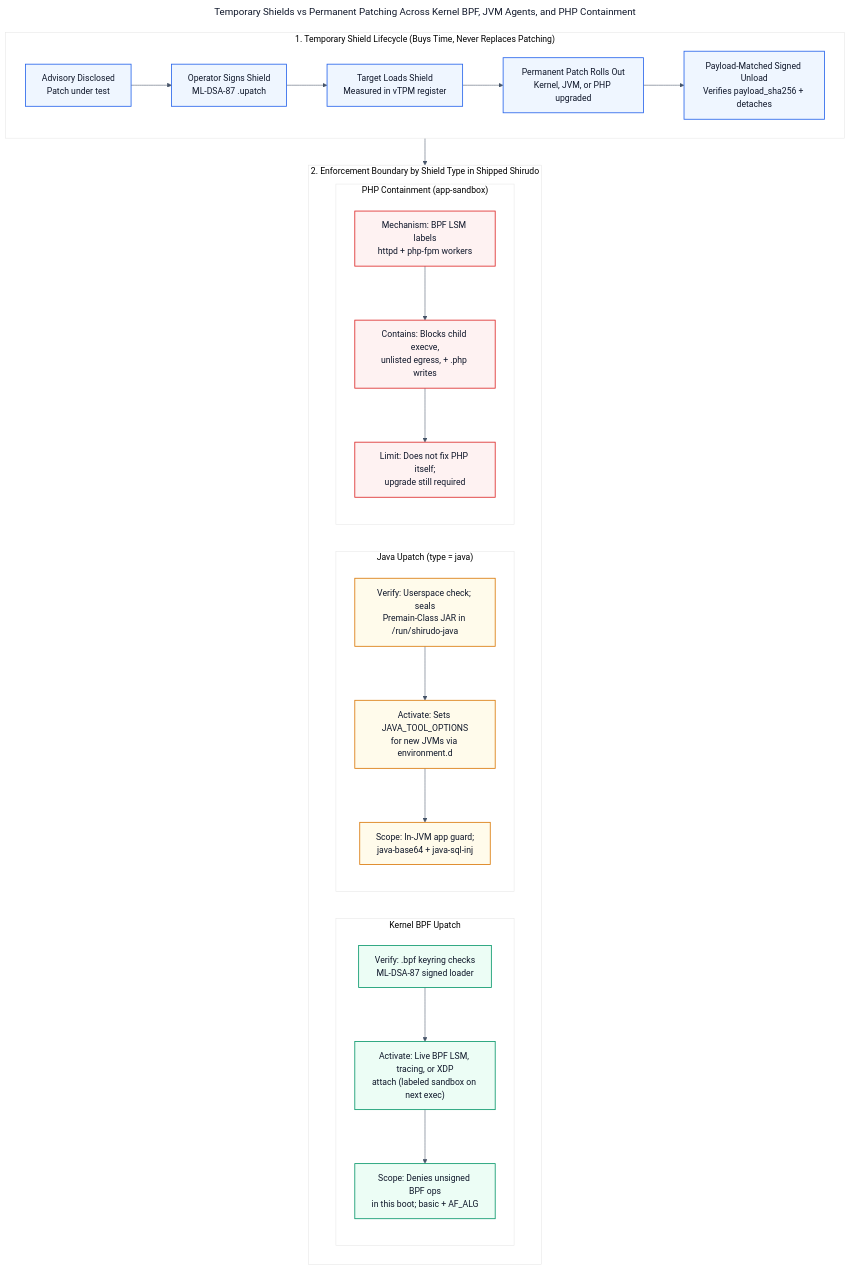
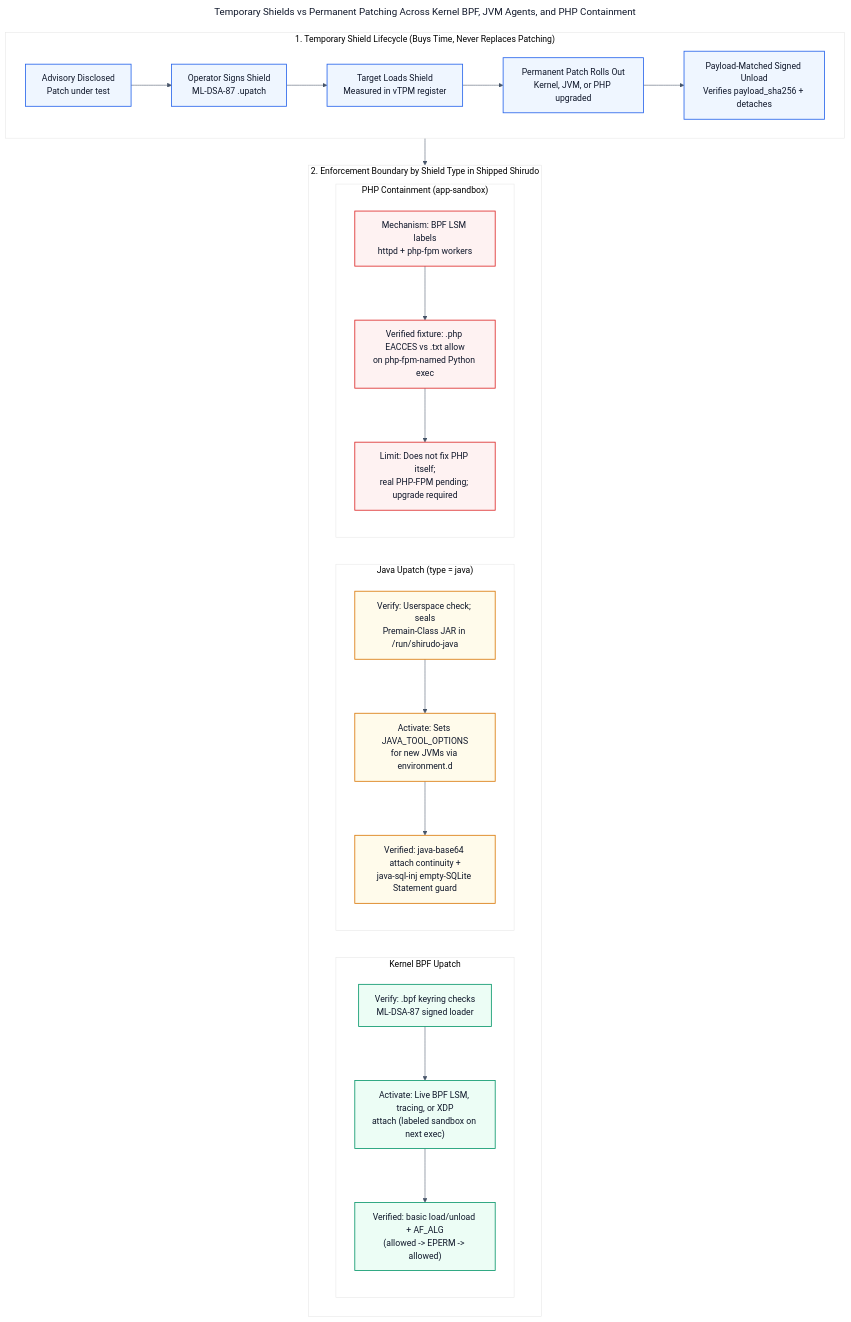
Before and after one commit to johnsonshi/shirudo-on-azure: the diagram in docs/figures/shirudo-shield-mechanisms.mmd, drawn with Mermaid. The commit also changed 4 other files, not shown here.

```diff
--- a/docs/figures/shirudo-shield-mechanisms.mmd
+++ b/docs/figures/shirudo-shield-mechanisms.mmd
@@ -1,60 +1,60 @@
 ---
 title: "Temporary Shields vs Permanent Patching Across Kernel BPF, JVM Agents, and PHP Containment"
 config:
   theme: base
   layout: dagre
   themeVariables:
     primaryColor: "#f8fafc"
     primaryTextColor: "#0f172a"
     primaryBorderColor: "#334155"
     lineColor: "#475569"
 ---
 %% Editable Mermaid source for docs/figures/shirudo-shield-mechanisms.svg
 flowchart TB
     subgraph LIFE["1. Temporary Shield Lifecycle (Buys Time, Never Replaces Patching)"]
         direction LR
         L1["Advisory Disclosed<br/>Patch under test"] --> L2["Operator Signs Shield<br/>ML-DSA-87 .upatch"]
         L2 --> L3["Target Loads Shield<br/>Measured in vTPM register"]
         L3 --> L4["Permanent Patch Rolls Out<br/>Kernel, JVM, or PHP upgraded"]
         L4 --> L5["Payload-Matched Signed Unload<br/>Verifies payload_sha256 + detaches"]
     end
 
     subgraph COMP["2. Enforcement Boundary by Shield Type in Shipped Shirudo"]
         direction LR
 
         subgraph S_BPF["Kernel BPF Upatch"]
             direction TB
             B1["Verify: .bpf keyring checks<br/>ML-DSA-87 signed loader"]
             B2["Activate: Live BPF LSM, tracing, or XDP<br/>attach (labeled sandbox on next exec)"]
-            B3["Scope: Denies unsigned BPF ops<br/>in this boot; basic + AF_ALG"]
+            B3["Verified: basic load/unload + AF_ALG<br/>(allowed -> EPERM -> allowed)"]
             B1 --> B2 --> B3
         end
 
         subgraph S_JAVA["Java Upatch (type = java)"]
             direction TB
             J1["Verify: Userspace check; seals<br/>Premain-Class JAR in /run/shirudo-java"]
             J2["Activate: Sets JAVA_TOOL_OPTIONS<br/>for new JVMs via environment.d"]
-            J3["Scope: In-JVM app guard;<br/>java-base64 + java-sql-inj"]
+            J3["Verified: java-base64 attach continuity +<br/>java-sql-inj empty-SQLite Statement guard"]
             J1 --> J2 --> J3
         end
 
         subgraph S_PHP["PHP Containment (app-sandbox)"]
             direction TB
             P1["Mechanism: BPF LSM labels<br/>httpd + php-fpm workers"]
-            P2["Contains: Blocks child execve,<br/>unlisted egress, + .php writes"]
-            P3["Limit: Does not fix PHP itself;<br/>upgrade still required"]
+            P2["Verified fixture: .php EACCES vs .txt allow<br/>on php-fpm-named Python exec"]
+            P3["Limit: Does not fix PHP itself;<br/>real PHP-FPM pending; upgrade required"]
             P1 --> P2 --> P3
         end
     end
 
     LIFE --> COMP
 
     classDef stepBox fill:#eff6ff,stroke:#2563eb,stroke-width:1.5px,color:#0f172a
     classDef bpfBox fill:#ecfdf5,stroke:#059669,stroke-width:1.5px,color:#0f172a
     classDef javaBox fill:#fffbeb,stroke:#d97706,stroke-width:1.5px,color:#0f172a
     classDef phpBox fill:#fef2f2,stroke:#dc2626,stroke-width:1.5px,color:#0f172a
 
     class L1,L2,L3,L4,L5 stepBox
     class B1,B2,B3 bpfBox
     class J1,J2,J3 javaBox
     class P1,P2,P3 phpBox
```
